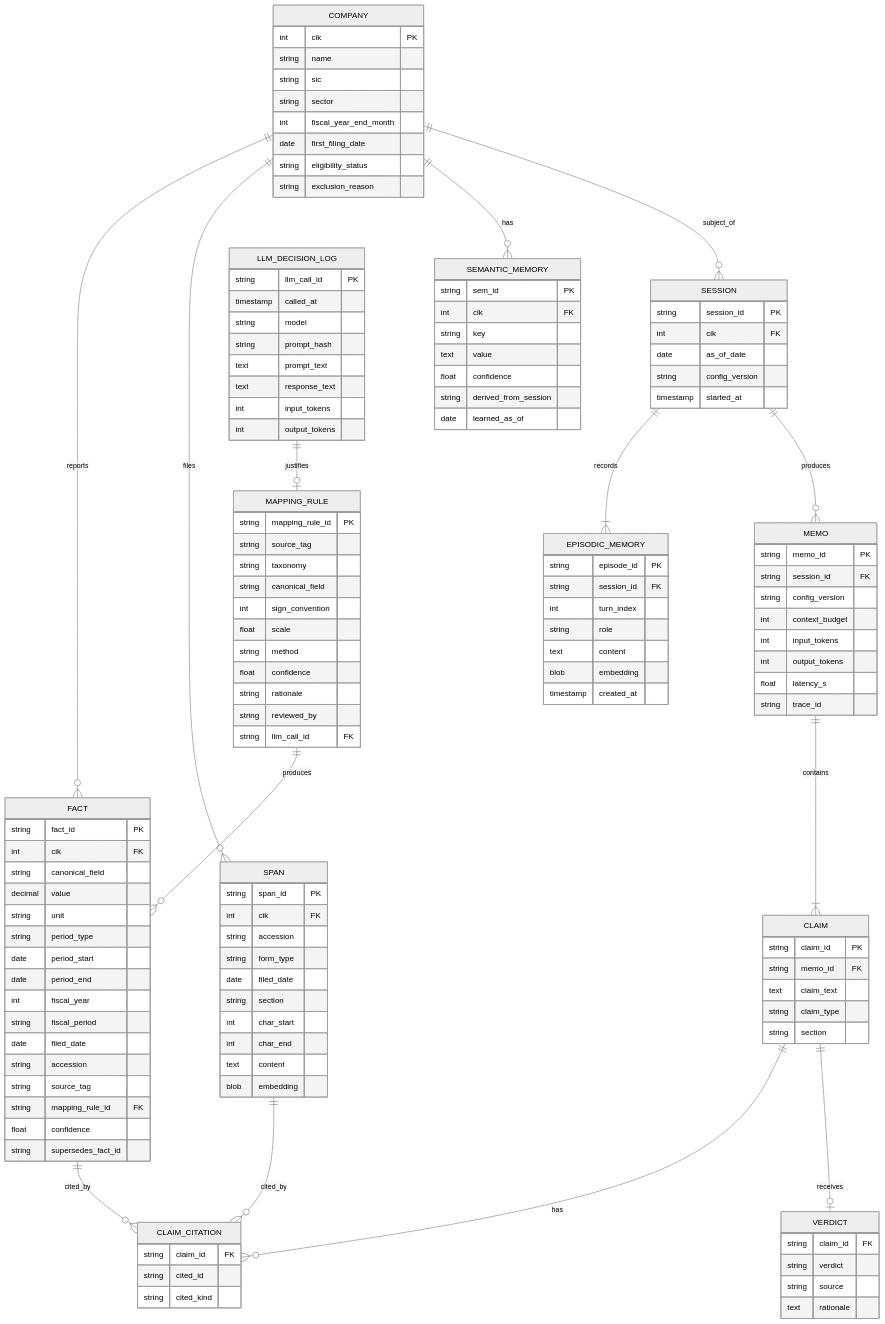
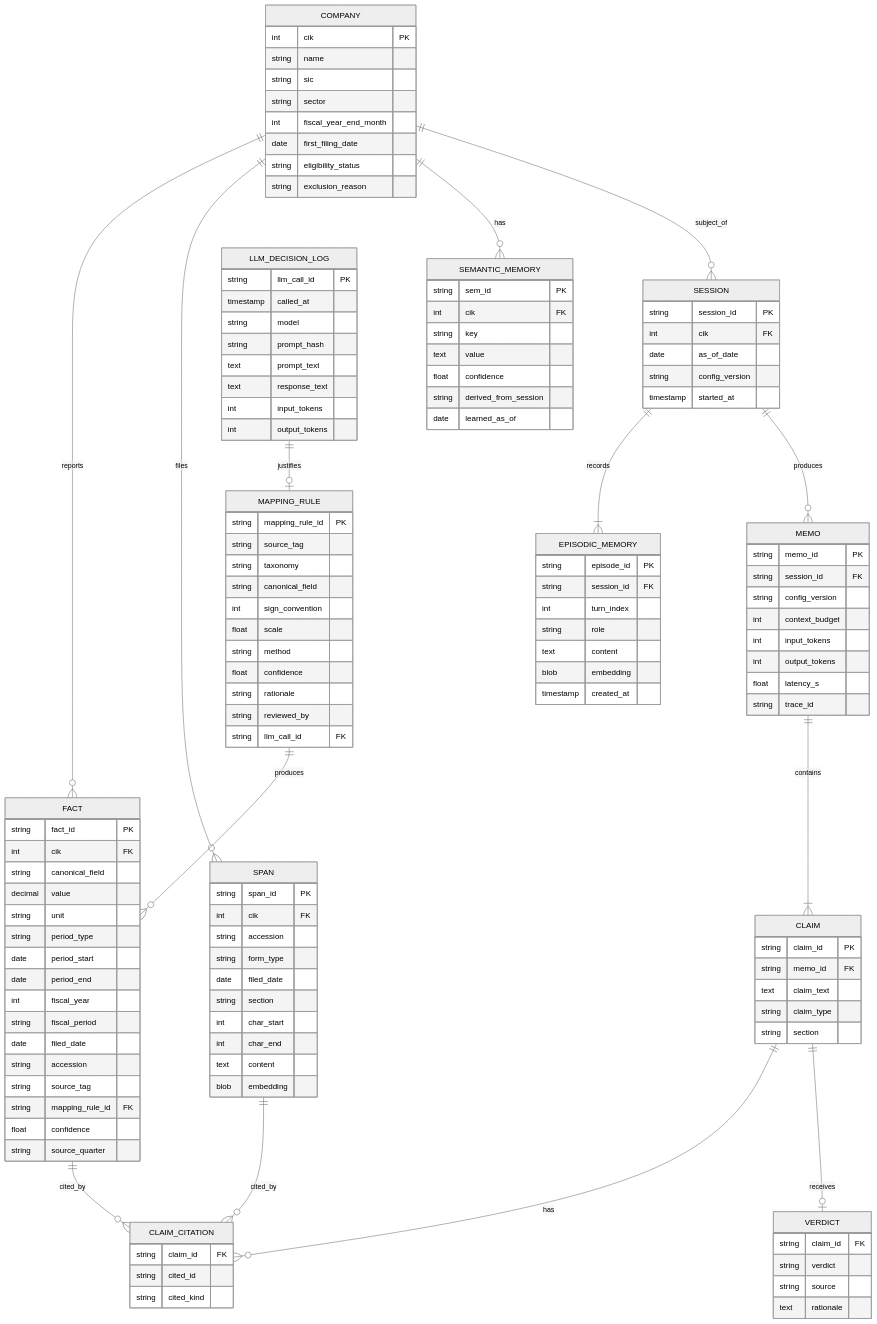
The second of 6 diagrams in docs/superpowers/specs/2026-08-18-cited-diligence-agent-design.md (robertmccourt/edgar-diligence), drawn with Mermaid (neutral theme) before and after one commit.

Commit message:
docs(spec): fact.supersedes_fact_id -> source_quarter in ERD
Supersession is derivable from (cik, canonical_field, period_end,
period_type) ordered by filed_date, which restatement_history already
exposes. Materialising it would duplicate derivable state. source_quarter
carries lineage that is not derivable from the fact itself.

```diff
--- a/docs/superpowers/specs/2026-08-18-cited-diligence-agent-design.md
+++ b/docs/superpowers/specs/2026-08-18-cited-diligence-agent-design.md
@@ -221,7 +221,7 @@
         string source_tag
         string mapping_rule_id FK
         float confidence
-        string supersedes_fact_id
+        string source_quarter
     }
     MAPPING_RULE {
         string mapping_rule_id PK
```
